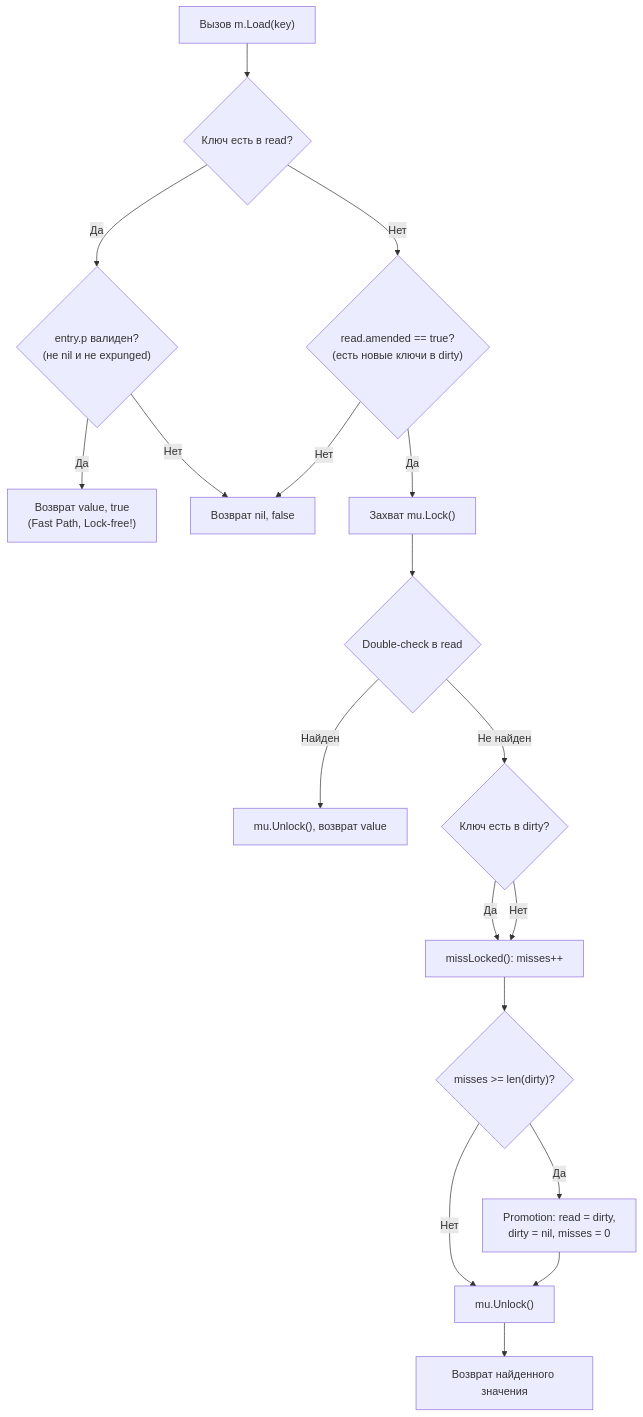
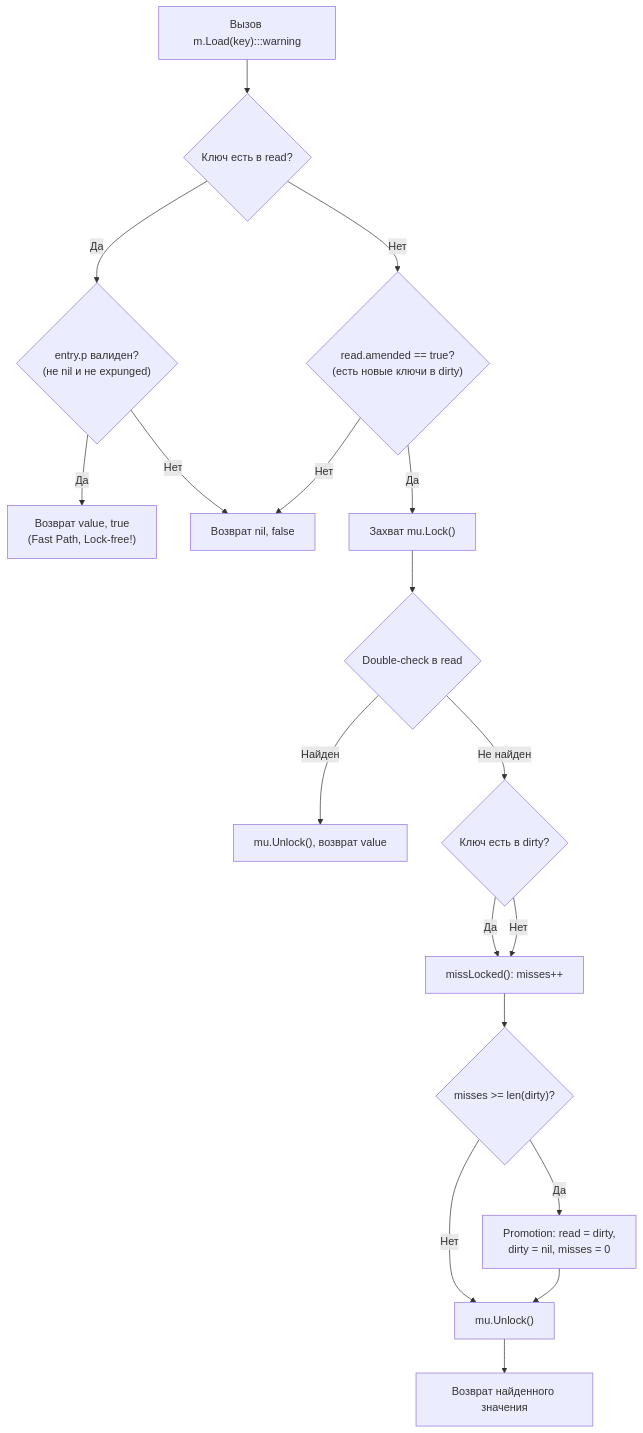
Before and after one commit to UnrealTemplier/go-textbook: the second of 3 diagrams in sources/7. Глубокий Go (Внутреннее устройство)/33.1. sync_map под капотом. Read и dirty словари.md, drawn with Mermaid. The commit also changed other lines of this file and 1666 other files, not shown here.

First line of the commit message:
feat(mermaid): add semantic color classDef to 1369 colorless flowchart/graph diagrams

````diff
--- a/sources/7. Глубокий Go (Внутреннее устройство)/33.1. sync_map под капотом. Read и dirty словари.md
+++ b/sources/7. Глубокий Go (Внутреннее устройство)/33.1. sync_map под капотом. Read и dirty словари.md
@@ -88,24 +98,34 @@
 ```mermaid
 flowchart TD
-    LoadStart["Вызов m.Load(key)"] --> CheckRead{"Ключ есть в read?"}
+    classDef process  fill:#1e293b,stroke:#38bdf8,stroke-width:1px,color:#f8fafc
+    classDef success  fill:#064e3b,stroke:#34d399,stroke-width:1px,color:#f8fafc
+    classDef error    fill:#7f1d1d,stroke:#f87171,stroke-width:1px,color:#f8fafc
+    classDef warning  fill:#78350f,stroke:#fbbf24,stroke-width:1px,color:#f8fafc
+    classDef entry    fill:#1e3a5f,stroke:#38bdf8,stroke-width:2px,color:#f8fafc
+    classDef aux      fill:#334155,stroke:#64748b,stroke-width:1px,color:#f8fafc
+    classDef system   fill:#312e81,stroke:#a78bfa,stroke-width:1px,color:#f8fafc
+    classDef data     fill:#132d29,stroke:#2dd4bf,stroke-width:1px,color:#f8fafc
+    classDef network  fill:#881337,stroke:#fb7185,stroke-width:1px,color:#f8fafc
+    classDef accent   fill:#1e1b4b,stroke:#818cf8,stroke-width:1px,color:#f8fafc
+    LoadStart["Вызов m.Load(key):::warning"] --> CheckRead{"Ключ есть в read?"}
     
     CheckRead -- "Да" --> CheckEntry{"entry.p валиден?<br>(не nil и не expunged)"}
     CheckEntry -- "Да" --> ReturnVal["Возврат value, true<br>(Fast Path, Lock-free!)"]
     CheckEntry -- "Нет" --> ReturnNotFound["Возврат nil, false"]
     
     CheckRead -- "Нет" --> CheckAmended{"read.amended == true?<br>(есть новые ключи в dirty)"}
     CheckAmended -- "Нет" --> ReturnNotFound
     
     CheckAmended -- "Да" --> LockMu["Захват mu.Lock()"]
     LockMu --> DoubleCheck{"Double-check в read"}
     DoubleCheck -- "Найден" --> UnlockReturn["mu.Unlock(), возврат value"]
     DoubleCheck -- "Не найден" --> CheckDirty{"Ключ есть в dirty?"}
     
     CheckDirty -- "Да" --> IncMisses["missLocked(): misses++"]
     CheckDirty -- "Нет" --> IncMisses
     IncMisses --> CheckPromo{"misses >= len(dirty)?"}
     CheckPromo -- "Да" --> DoPromo["Promotion: read = dirty,<br>dirty = nil, misses = 0"]
     CheckPromo -- "Нет" --> UnlockDirty["mu.Unlock()"]
     DoPromo --> UnlockDirty
     UnlockDirty --> ReturnDirtyVal["Возврат найденного значения"]
 ```
````
